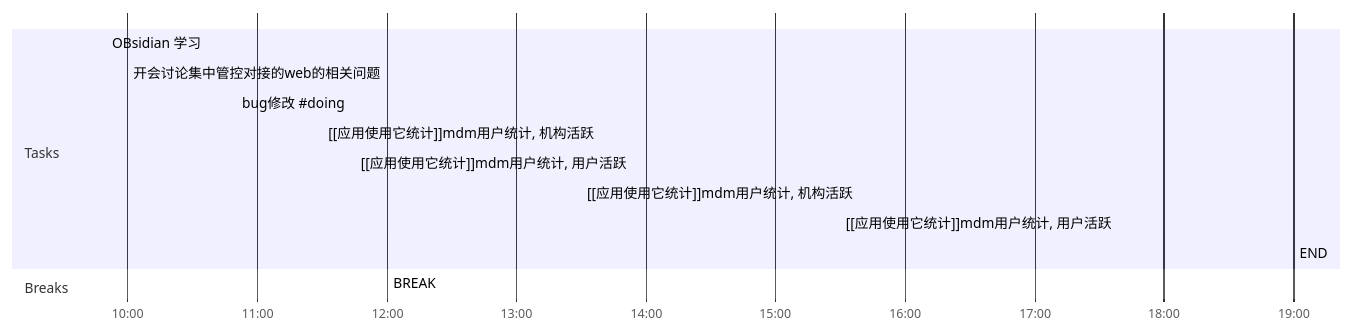
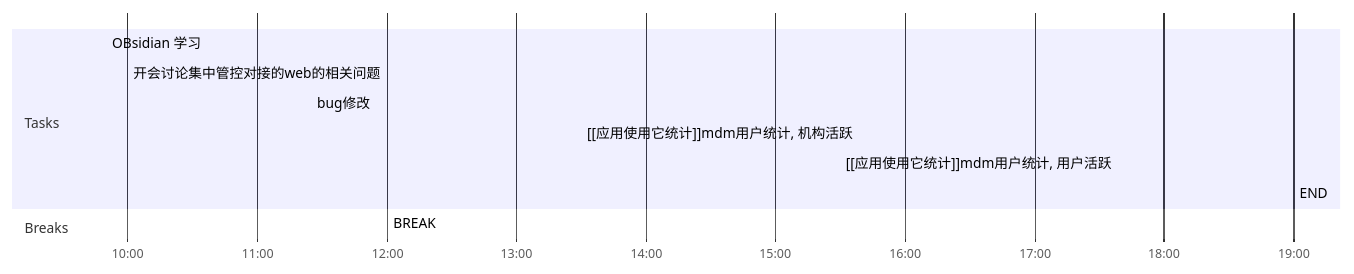
One commit to yangld/learn changed the diagram in Day Planners/Day Planner-20211117.md. Above: the diagram before and after it, drawn with Mermaid. The commit also changed other lines of this file and 1 other file, not shown here.

````diff
--- a/Day Planners/Day Planner-20211117.md
+++ b/Day Planners/Day Planner-20211117.md
@@ -2,17 +2,15 @@
 ```mermaid
 gantt
     dateFormat  HH-mm
     axisFormat %H:%M
-    %% Current Time: 上午11:05:11
+    %% Current Time: 下午12:12:23
     section Tasks
     OBsidian 学习     :09-50, 10mm
-    开会讨论集中管控对接的web的相关问题     :10-00, 50mm
-    bug修改 #35;doing     :10-50, 40mm
-    [[应用使用它统计]]mdm用户统计, 机构活跃     :11-30, 15mm
-    [[应用使用它统计]]mdm用户统计, 用户活跃     :11-45, 15mm
+    开会讨论集中管控对接的web的相关问题     :10-00, 85mm
+    bug修改     :11-25, 35mm
     [[应用使用它统计]]mdm用户统计, 机构活跃     :13-30, 120mm
     [[应用使用它统计]]mdm用户统计, 用户活跃     :15-30, 210mm
     END     :19-00, 0mm
     section Breaks
     BREAK     :12-00, 90mm
 ```
````
